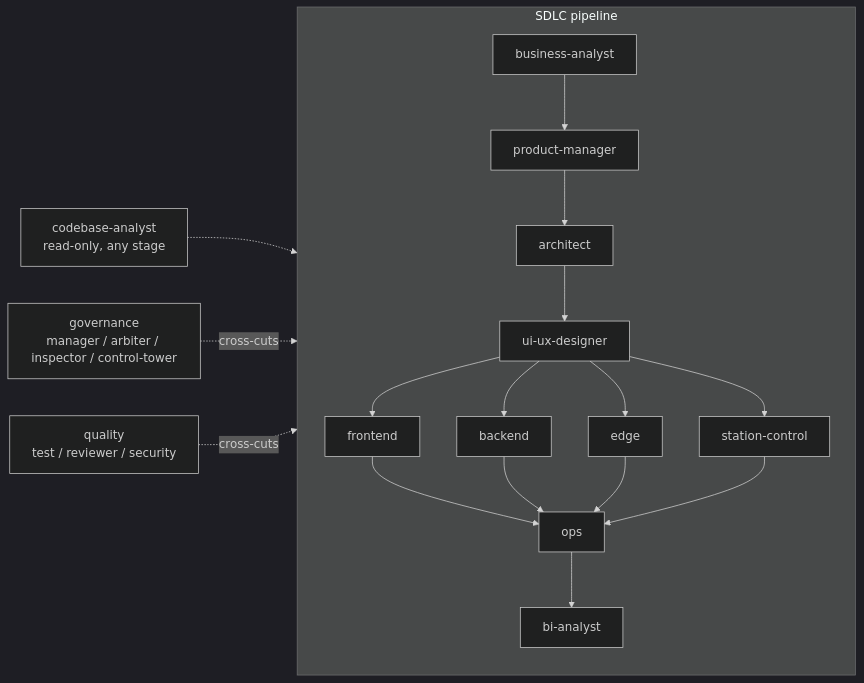
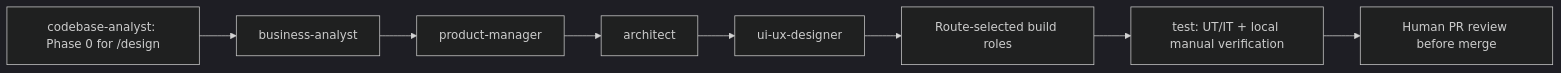
Before and after one commit to openIndu/control-tower: the second of 2 diagrams in AGENTS.md, drawn with Mermaid (dark theme). The commit also changed other lines of this file and 3 other files, not shown here.

````diff
--- a/AGENTS.md
+++ b/AGENTS.md
@@ -112,19 +112,8 @@
 ```mermaid
-graph LR
-    subgraph PIPELINE["SDLC pipeline"]
-        BA[business-analyst] --> PM[product-manager] --> ARCH[architect] --> UX[ui-ux-designer]
-        UX --> FE[frontend]
-        UX --> BE[backend]
-        UX --> EDGE[edge]
-        UX --> SC[station-control]
-        FE --> OPS[ops]
-        BE --> OPS
-        EDGE --> OPS
-        SC --> OPS
-        OPS --> BI[bi-analyst]
-    end
+flowchart LR
+    accTitle: SDLC Role Responsibilities
+    accDescr: For /design, read-only codebase analysis is Phase 0 before research and product; route-selected implementation then receives independent local testing and human PR review. Other specialist roles are activated by scope.
 
-    CA["codebase-analyst<br/>read-only, any stage"] -.-> PIPELINE
-    GOV["governance<br/>manager / arbiter / inspector / control-tower"] -. cross-cuts .-> PIPELINE
-    QUAL["quality<br/>test / reviewer / security"] -. cross-cuts .-> PIPELINE
+    scan["codebase-analyst: Phase 0 for /design"] --> ba[business-analyst] --> pm[product-manager] --> architect[architect] --> ux[ui-ux-designer] --> builders[Route-selected build roles]
+    builders --> test[test: UT/IT + local manual verification] --> human[Human PR review before merge]
 ```
````
